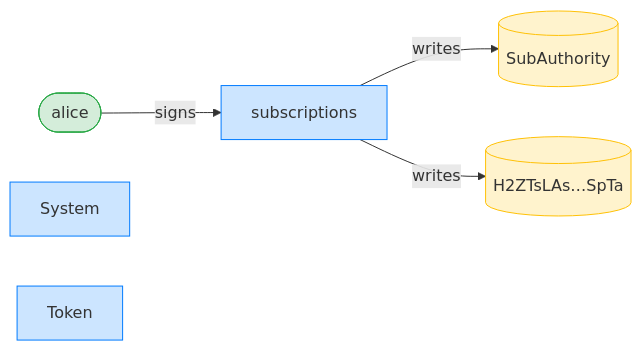
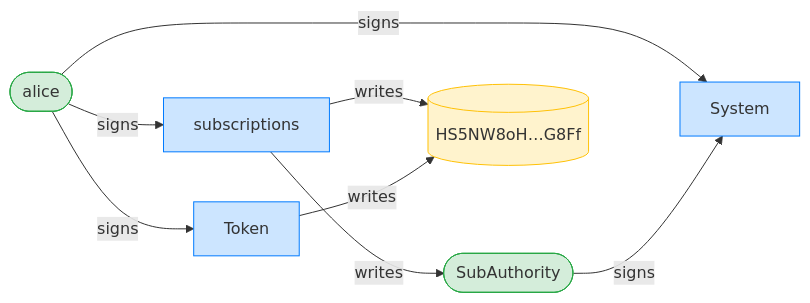
One commit to cds-rs/subscriptions changed the third of 8 diagrams in dsl_tests/create-a-fixed-delegation.md. Above: the diagram before and after it, drawn with Mermaid. The commit also changed other lines of this file and 224 other files, not shown here.

````diff
--- a/dsl_tests/create-a-fixed-delegation.md
+++ b/dsl_tests/create-a-fixed-delegation.md
@@ -53,15 +54,19 @@
 ```mermaid
 flowchart LR
     classDef signer fill:#d4edda,stroke:#28a745;
     classDef program fill:#cce5ff,stroke:#007bff;
     classDef writable fill:#fff3cd,stroke:#ffc107;
     subscriptions[subscriptions]:::program
     alice([alice]):::signer
-    SubAuthority[(SubAuthority)]:::writable
-    H2ZTsLAs_SpTa[("H2ZTsLAs…SpTa")]:::writable
+    SubAuthority([SubAuthority]):::signer
+    HS5NW8oH_G8Ff[("HS5NW8oH…G8Ff")]:::writable
     System[System]:::program
     Token[Token]:::program
     alice -->|signs| subscriptions
+    alice -->|signs| System
+    SubAuthority -->|signs| System
+    alice -->|signs| Token
     subscriptions -->|writes| SubAuthority
-    subscriptions -->|writes| H2ZTsLAs_SpTa
+    subscriptions -->|writes| HS5NW8oH_G8Ff
+    Token -->|writes| HS5NW8oH_G8Ff
 ```
````
